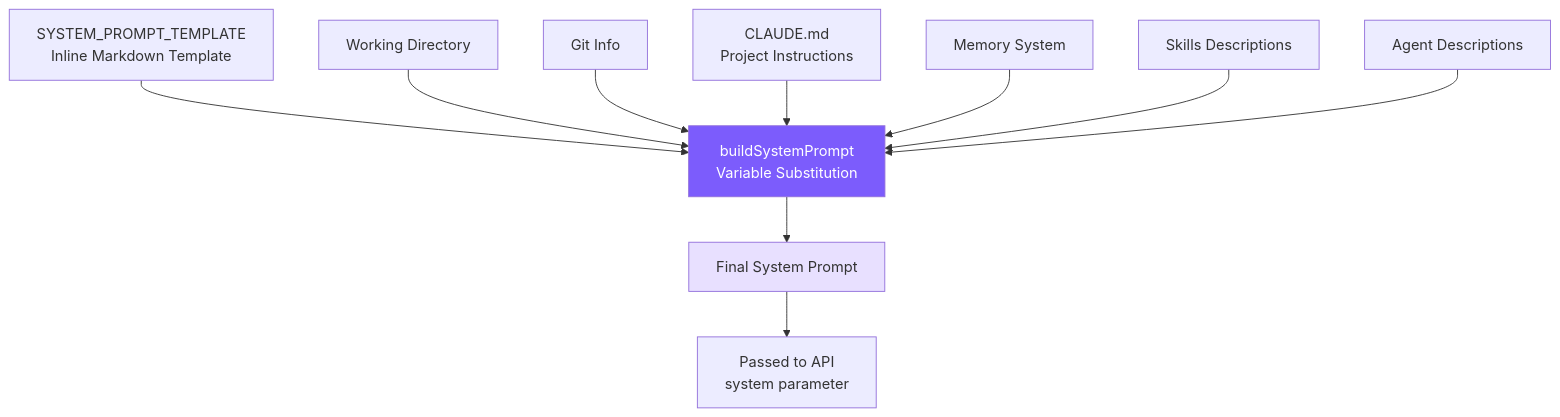
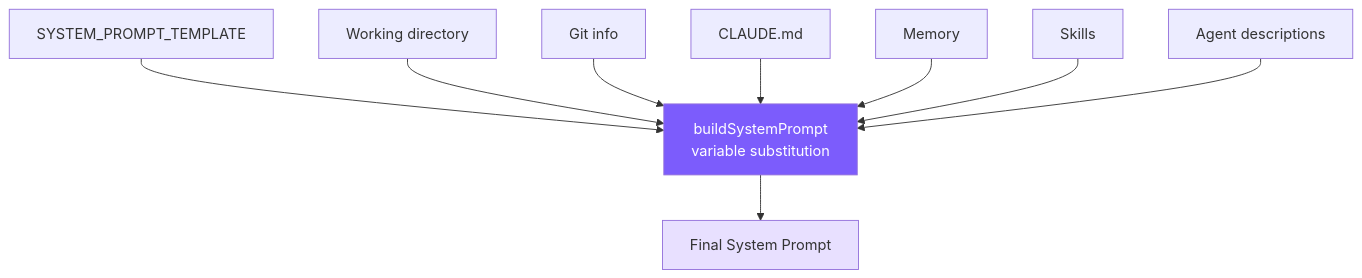
One commit to joinmouse/claude-code-mini changed the diagram in en/docs/03-system-prompt.md. Above: the diagram before and after it, drawn with Mermaid. The commit also changed other lines of this file and 30 other files, not shown here.

````diff
--- a/en/docs/03-system-prompt.md
+++ b/en/docs/03-system-prompt.md
@@ -7,15 +5,14 @@
 ```mermaid
 graph TB
-    Template[SYSTEM_PROMPT_TEMPLATE<br/>Inline Markdown Template] --> Builder[buildSystemPrompt<br/>Variable Substitution]
-    CWD[Working Directory] --> Builder
-    Git[Git Info] --> Builder
-    ClaudeMD[CLAUDE.md<br/>Project Instructions] --> Builder
-    Memory[Memory System] --> Builder
-    Skills[Skills Descriptions] --> Builder
-    Agents[Agent Descriptions] --> Builder
+    Template[SYSTEM_PROMPT_TEMPLATE] --> Builder[buildSystemPrompt<br/>variable substitution]
+    CWD[Working directory] --> Builder
+    Git[Git info] --> Builder
+    ClaudeMD[CLAUDE.md] --> Builder
+    Memory[Memory] --> Builder
+    Skills[Skills] --> Builder
+    Agents[Agent descriptions] --> Builder
     Builder --> Final[Final System Prompt]
-    Final --> API[Passed to API<br/>system parameter]
 
     style Builder fill:#7c5cfc,color:#fff
     style Final fill:#e8e0ff
 ```
````
